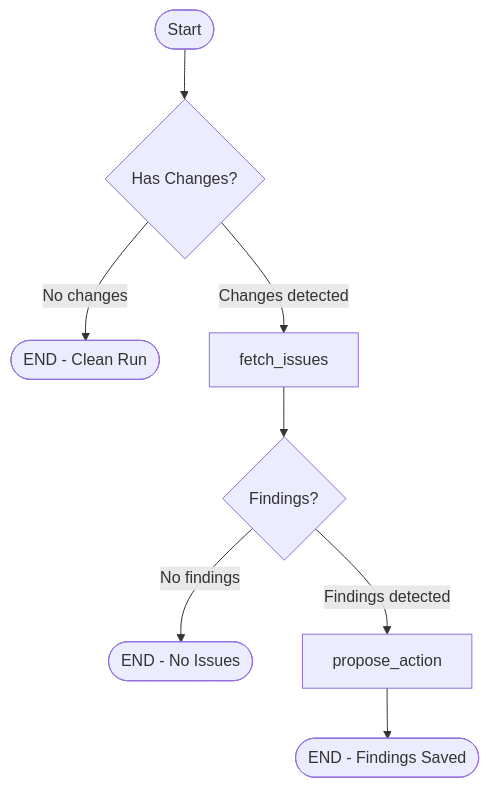
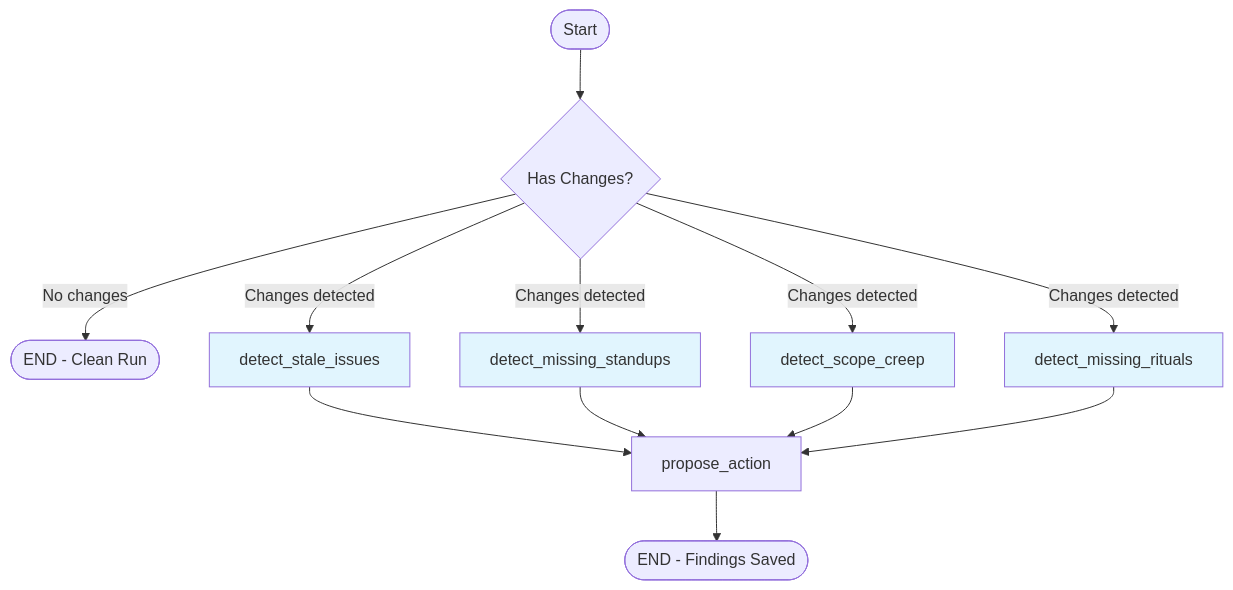
One commit to lramosve/fleetgraph changed the first of 2 diagrams in FLEETGRAPH.md. Above: the diagram before and after it, drawn with Mermaid. The commit also changed other lines of this file and 9 other files, not shown here.

First line of the commit message:
feat(fleetgraph): add scope creep, missing rituals detection, tests, update docs

````diff
--- a/FLEETGRAPH.md
+++ b/FLEETGRAPH.md
@@ -28,12 +28,20 @@
 ```mermaid
 graph TD
     START([Start]) --> fetch_activity
     fetch_activity{Has Changes?}
     fetch_activity -->|No changes| END_CLEAN([END - Clean Run])
-    fetch_activity -->|Changes detected| fetch_issues
-    fetch_issues --> detect_stale
-    detect_stale{Findings?}
-    detect_stale -->|No findings| END_NO_FINDINGS([END - No Issues])
-    detect_stale -->|Findings detected| propose_action
+    fetch_activity -->|Changes detected| detect_stale_issues
+    fetch_activity -->|Changes detected| detect_missing_standups
+    fetch_activity -->|Changes detected| detect_scope_creep
+    fetch_activity -->|Changes detected| detect_missing_rituals
+    detect_stale_issues --> propose_action
+    detect_missing_standups --> propose_action
+    detect_scope_creep --> propose_action
+    detect_missing_rituals --> propose_action
     propose_action --> END_SAVED([END - Findings Saved])
+
+    style detect_stale_issues fill:#e1f5fe
+    style detect_missing_standups fill:#e1f5fe
+    style detect_scope_creep fill:#e1f5fe
+    style detect_missing_rituals fill:#e1f5fe
 ```
````
